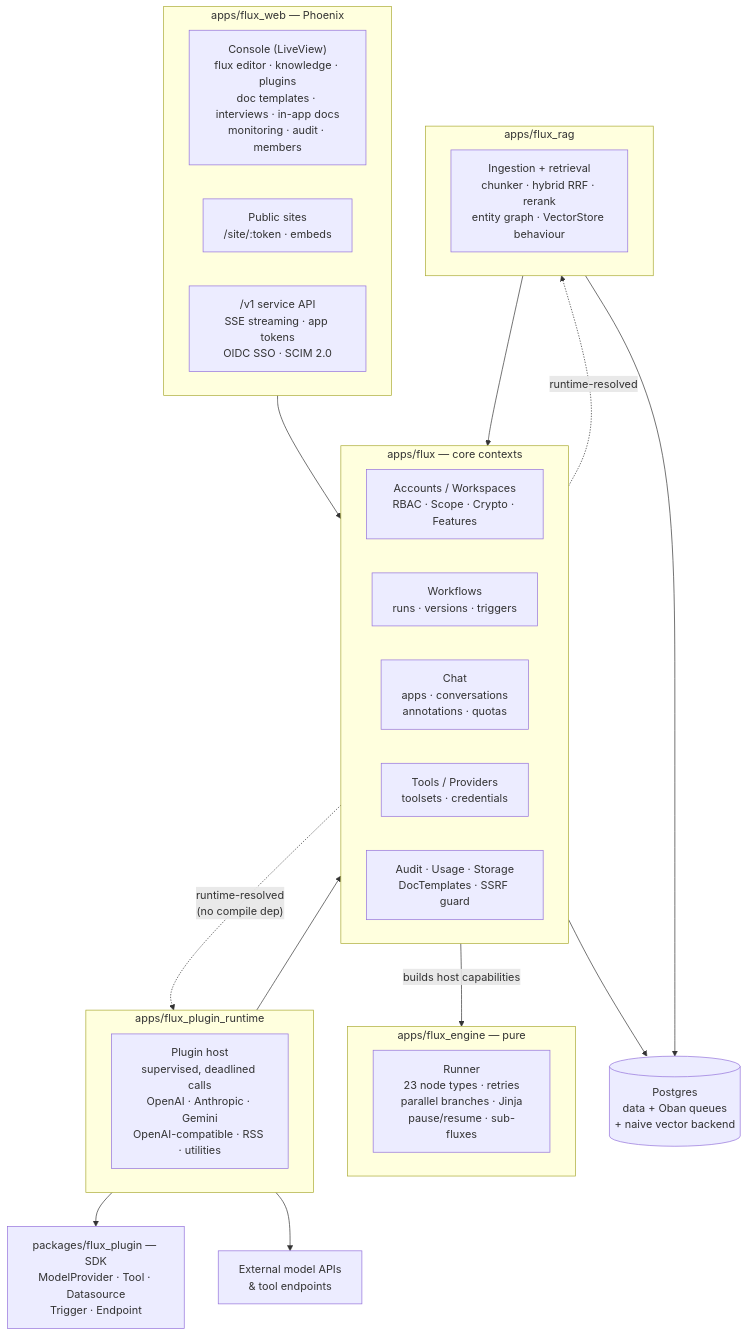
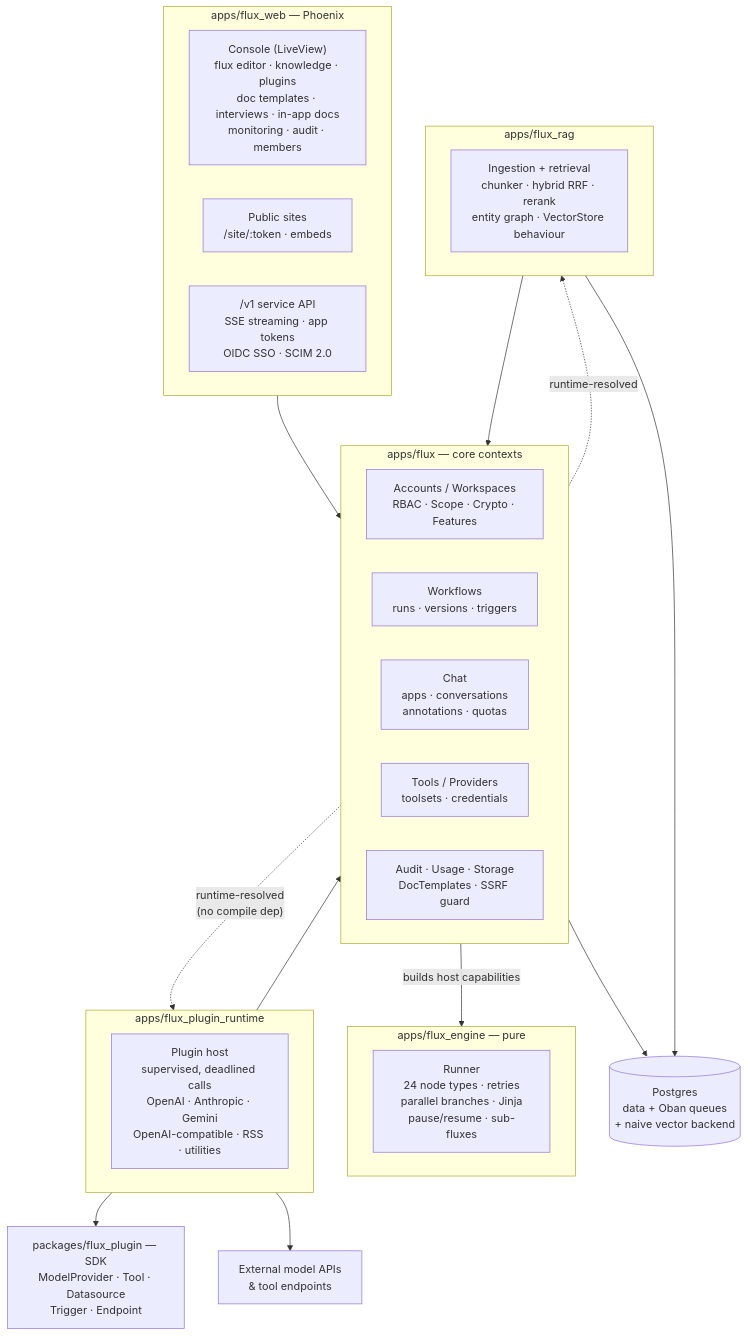
The first of 2 diagrams in README.md (canuckasaurus/fluxcapacitor), drawn with Mermaid before and after one commit. The commit also changed other lines of this file and 5 other files, not shown here.

````diff
--- a/README.md
+++ b/README.md
@@ -83,44 +93,44 @@
 ```mermaid
 flowchart TB
     subgraph web["apps/flux_web — Phoenix"]
         console["Console (LiveView)\nflux editor · knowledge · plugins\ndoc templates · interviews · in-app docs\nmonitoring · audit · members"]
         sites["Public sites\n/site/:token · embeds"]
         api["/v1 service API\nSSE streaming · app tokens\nOIDC SSO · SCIM 2.0"]
     end
 
     subgraph core["apps/flux — core contexts"]
         accounts["Accounts / Workspaces\nRBAC · Scope · Crypto · Features"]
         workflows["Workflows\nruns · versions · triggers"]
         chat["Chat\napps · conversations\nannotations · quotas"]
         tools["Tools / Providers\ntoolsets · credentials"]
         audit["Audit · Usage · Storage\nDocTemplates · SSRF guard"]
     end
 
     subgraph engine["apps/flux_engine — pure"]
-        runner["Runner\n23 node types · retries\nparallel branches · Jinja\npause/resume · sub-fluxes"]
+        runner["Runner\n24 node types · retries\nparallel branches · Jinja\npause/resume · sub-fluxes"]
     end
 
     subgraph runtime["apps/flux_plugin_runtime"]
         plugins["Plugin host\nsupervised, deadlined calls\nOpenAI · Anthropic · Gemini\nOpenAI-compatible · RSS · utilities"]
     end
 
     subgraph rag["apps/flux_rag"]
         pipeline["Ingestion + retrieval\nchunker · hybrid RRF · rerank\nentity graph · VectorStore behaviour"]
     end
 
     sdk["packages/flux_plugin — SDK\nModelProvider · Tool · Datasource\nTrigger · Endpoint"]
 
     pg[("Postgres\ndata + Oban queues\n+ naive vector backend")]
     ext["External model APIs\n& tool endpoints"]
 
     web --> core
     core -->|"builds host capabilities"| engine
     core -.->|"runtime-resolved\n(no compile dep)"| runtime
     core -.->|"runtime-resolved"| rag
     rag --> core
     runtime --> core
     runtime --> sdk
     runtime --> ext
     core --> pg
     rag --> pg
 ```
````
